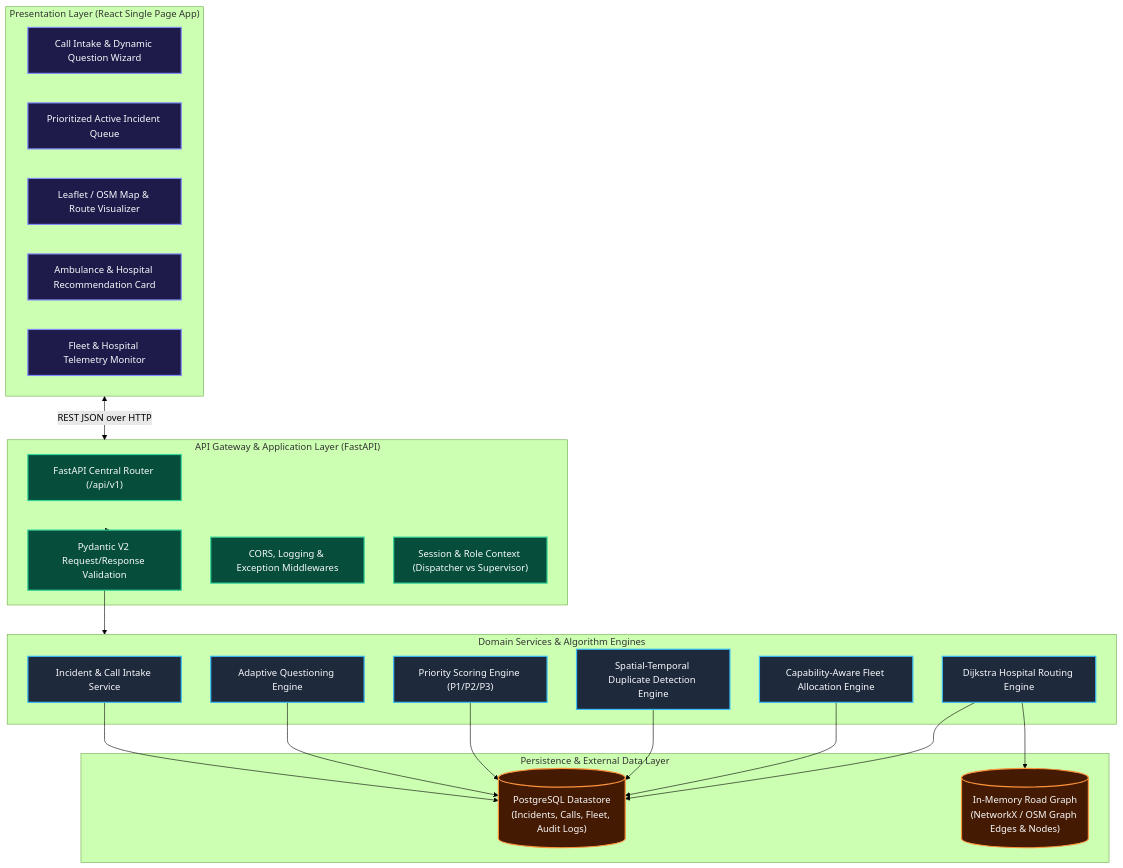
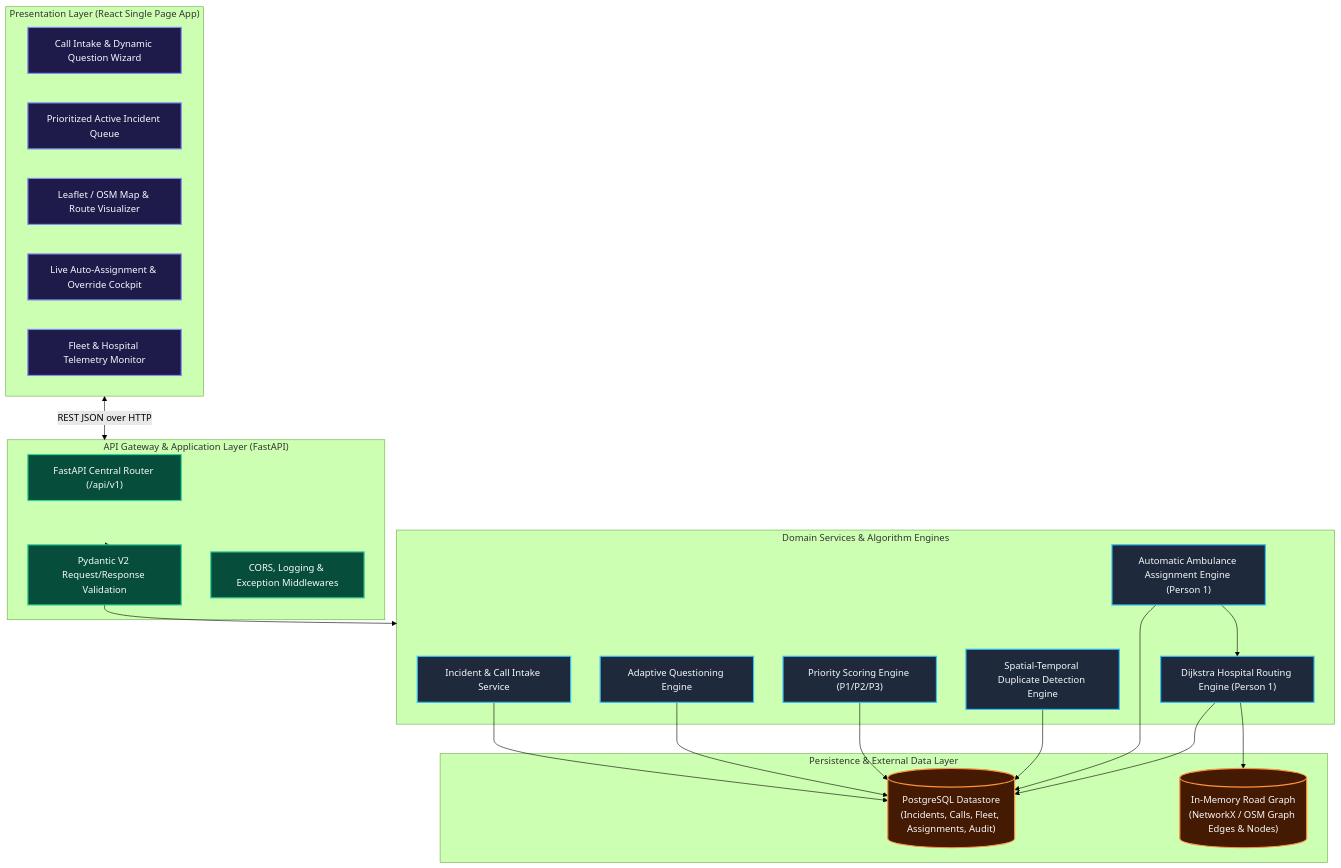
Before and after one commit to 26sakthi/Priority-108: the second of 4 diagrams in SYSTEM_ARCHITECTURE.md, drawn with Mermaid (forest theme). The commit also changed other lines of this file and 4 other files, not shown here.

Commit message:
docs: update PRD, architecture, plan, and responsibilities for automatic ambulance assignment

````diff
--- a/SYSTEM_ARCHITECTURE.md
+++ b/SYSTEM_ARCHITECTURE.md
@@ -92,54 +75,54 @@
 ```mermaid
 graph TB
     subgraph PresentationLayer ["Presentation Layer (React Single Page App)"]
         UI_Intake["Call Intake & Dynamic Question Wizard"]
         UI_Queue["Prioritized Active Incident Queue"]
         UI_Map["Leaflet / OSM Map & Route Visualizer"]
-        UI_Recs["Ambulance & Hospital Recommendation Card"]
+        UI_Assign["Live Auto-Assignment & Override Cockpit"]
         UI_Admin["Fleet & Hospital Telemetry Monitor"]
     end
 
     subgraph APILayer ["API Gateway & Application Layer (FastAPI)"]
         API_Router["FastAPI Central Router (/api/v1)"]
         Val_Pydantic["Pydantic V2 Request/Response Validation"]
         MW_Cors["CORS, Logging & Exception Middlewares"]
-        Auth_Stub["Session & Role Context (Dispatcher vs Supervisor)"]
     end
 
     subgraph ServiceLayer ["Domain Services & Algorithm Engines"]
         SVC_Incident["Incident & Call Intake Service"]
         SVC_Question["Adaptive Questioning Engine"]
         SVC_Triage["Priority Scoring Engine (P1/P2/P3)"]
         SVC_Dedup["Spatial-Temporal Duplicate Detection Engine"]
-        SVC_Alloc["Capability-Aware Fleet Allocation Engine"]
-        SVC_Route["Dijkstra Hospital Routing Engine"]
+        SVC_AutoAssign["Automatic Ambulance Assignment Engine (Person 1)"]
+        SVC_Route["Dijkstra Hospital Routing Engine (Person 1)"]
     end
 
     subgraph PersistenceLayer ["Persistence & External Data Layer"]
-        DB_Postgres[("PostgreSQL Datastore<br/>(Incidents, Calls, Fleet, Audit Logs)")]
+        DB_Postgres[("PostgreSQL Datastore<br/>(Incidents, Calls, Fleet, Assignments, Audit)")]
         OSM_Graph[("In-Memory Road Graph<br/>(NetworkX / OSM Graph Edges & Nodes)")]
     end
 
     %% Wiring
     PresentationLayer <-->|"REST JSON over HTTP"| APILayer
     APILayer --> Val_Pydantic
     Val_Pydantic --> ServiceLayer
     
     SVC_Incident --> DB_Postgres
     SVC_Question --> DB_Postgres
     SVC_Triage --> DB_Postgres
     SVC_Dedup --> DB_Postgres
-    SVC_Alloc --> DB_Postgres
+    SVC_AutoAssign --> DB_Postgres
+    SVC_AutoAssign --> SVC_Route
     SVC_Route --> OSM_Graph
     SVC_Route --> DB_Postgres
 
     classDef pres fill:#1e1b4b,stroke:#818cf8,stroke-width:2px,color:#f8fafc;
     classDef api fill:#064e3b,stroke:#34d399,stroke-width:2px,color:#f8fafc;
     classDef srv fill:#1e293b,stroke:#38bdf8,stroke-width:2px,color:#f8fafc;
     classDef db fill:#451a03,stroke:#fb923c,stroke-width:2px,color:#f8fafc;
     
-    class UI_Intake,UI_Queue,UI_Map,UI_Recs,UI_Admin pres;
-    class API_Router,Val_Pydantic,MW_Cors,Auth_Stub api;
-    class SVC_Incident,SVC_Question,SVC_Triage,SVC_Dedup,SVC_Alloc,SVC_Route srv;
+    class UI_Intake,UI_Queue,UI_Map,UI_Assign,UI_Admin pres;
+    class API_Router,Val_Pydantic,MW_Cors api;
+    class SVC_Incident,SVC_Question,SVC_Triage,SVC_Dedup,SVC_AutoAssign,SVC_Route srv;
     class DB_Postgres,OSM_Graph db;
 ```
````
